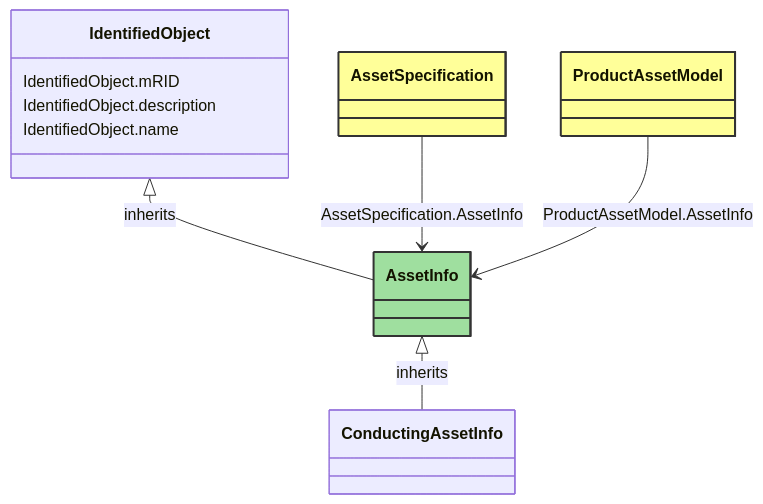
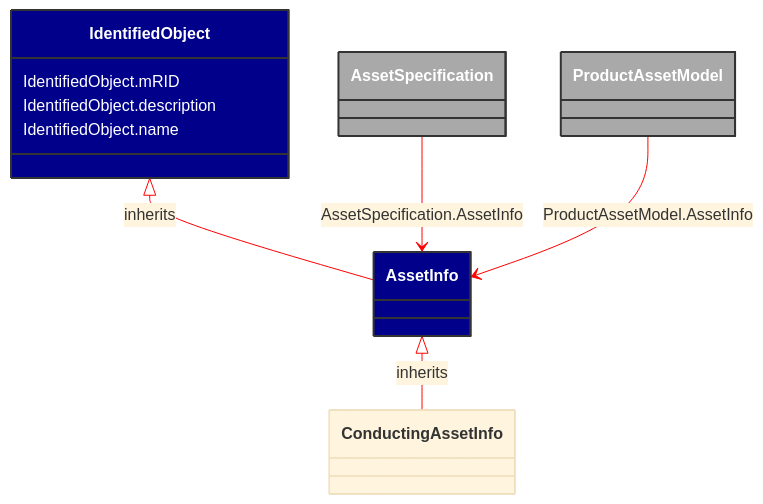
One commit to 3lbits/NoCIMExtensions changed the diagram in docs/Models/Profiles/SubseaCableInfo/AbstractClasses/AssetInfo.md. Above: the diagram before and after it, drawn with Mermaid. The commit also changed 58 other files, not shown here.

````diff
--- a/docs/Models/Profiles/SubseaCableInfo/AbstractClasses/AssetInfo.md
+++ b/docs/Models/Profiles/SubseaCableInfo/AbstractClasses/AssetInfo.md
@@ -10,36 +10,37 @@
 ```mermaid
+%%{init: {'theme':'base','themeVariables': {'lineColor': '#FF0000'}}}%%
 classDiagram
     class AssetInfo
     click AssetInfo href "/Models/Profiles/SubseaCableInfo/AbstractClasses/AssetInfo/"
-    style AssetInfo fill:#9fdf9f,stroke:#333,stroke-width:2px,rx:10,ry:10
+    style AssetInfo fill:#006400,stroke:#333,stroke-width:2px,rx:10,ry:10,color:white
 
         AssetInfo <|-- ConductingAssetInfo : inherits
             click AssetInfo href "/Models/Profiles/SubseaCableInfo/AbstractClasses/AssetInfo/"
-            style AssetInfo rx:10,ry:10
+            style AssetInfo fill:#00008B,stroke:#333,stroke-width:2px,rx:10,ry:10,color:white
 
         ConductingAssetInfo
             click ConductingAssetInfo href "/Models/Profiles/SubseaCableInfo/AbstractClasses/ConductingAssetInfo/"
-            style ConductingAssetInfo rx:10,ry:10
+            style AssetInfo fill:#00008B,stroke:#333,stroke-width:2px,rx:10,ry:10,color:white
 
         IdentifiedObject <|-- AssetInfo : inherits
             click IdentifiedObject href "/Models/Profiles/SubseaCableInfo/AbstractClasses/IdentifiedObject/"
-            style IdentifiedObject rx:10,ry:10
+            style IdentifiedObject fill:#00008B,stroke:#333,stroke-width:2px,rx:10,ry:10,color:white
 
 
         AssetSpecification --> AssetInfo : AssetSpecification.AssetInfo
 
         AssetSpecification
             click AssetSpecification href "/Models/Profiles/SubseaCableInfo/ConcreteClasses/AssetSpecification/"
-            style AssetSpecification fill:#ffff99,stroke:#333,stroke-width:2px,rx:10,ry:10
+            style AssetSpecification fill:#A9A9A9,stroke:#333,stroke-width:2px,rx:10,ry:10,color:white
 
         ProductAssetModel --> AssetInfo : ProductAssetModel.AssetInfo
 
         ProductAssetModel
             click ProductAssetModel href "/Models/Profiles/SubseaCableInfo/ConcreteClasses/ProductAssetModel/"
-            style ProductAssetModel fill:#ffff99,stroke:#333,stroke-width:2px,rx:10,ry:10
+            style ProductAssetModel fill:#A9A9A9,stroke:#333,stroke-width:2px,rx:10,ry:10,color:white
 
 
         IdentifiedObject : IdentifiedObject.mRID
         IdentifiedObject : IdentifiedObject.description
         IdentifiedObject : IdentifiedObject.name
 ```
````
